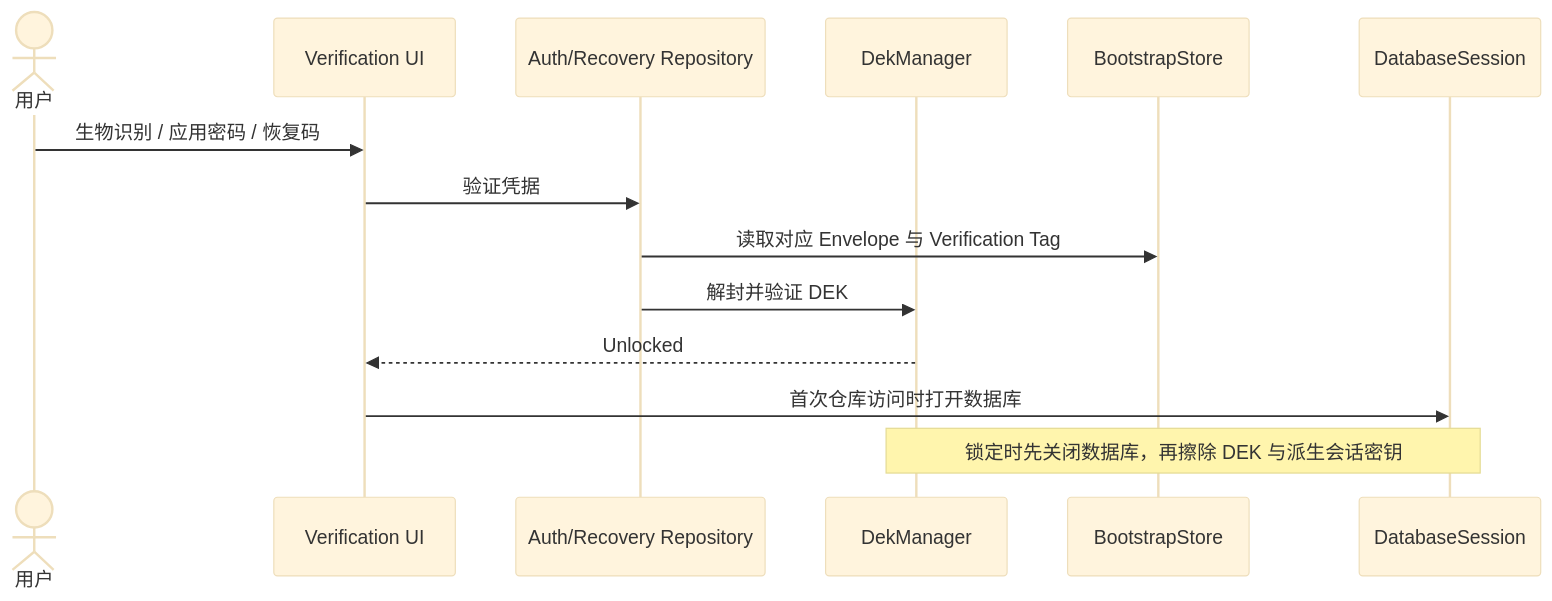
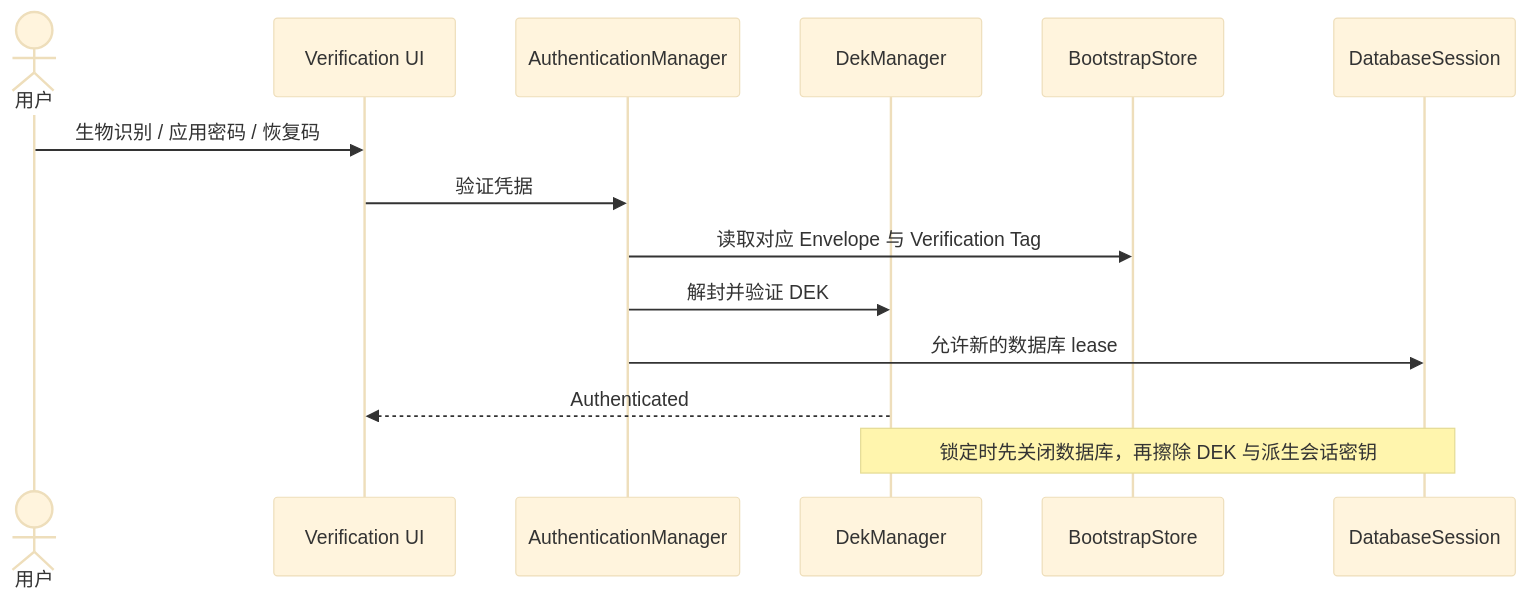
The first of 2 diagrams in docs/architecture/runtime-flows.md (aozijx/Passly), drawn with Mermaid (base theme) before and after one commit. The commit also changed other lines of this file and 8 other files, not shown here.

````diff
--- a/docs/architecture/runtime-flows.md
+++ b/docs/architecture/runtime-flows.md
@@ -5,16 +5,16 @@
 ```mermaid
 sequenceDiagram
     actor User as 用户
     participant UI as Verification UI
-    participant Auth as Auth/Recovery Repository
+    participant Auth as AuthenticationManager
     participant DEK as DekManager
     participant Boot as BootstrapStore
     participant DB as DatabaseSession
     User->>UI: 生物识别 / 应用密码 / 恢复码
     UI->>Auth: 验证凭据
     Auth->>Boot: 读取对应 Envelope 与 Verification Tag
     Auth->>DEK: 解封并验证 DEK
-    DEK-->>UI: Unlocked
-    UI->>DB: 首次仓库访问时打开数据库
+    Auth->>DB: 允许新的数据库 lease
+    DEK-->>UI: Authenticated
     Note over DEK,DB: 锁定时先关闭数据库，再擦除 DEK 与派生会话密钥
 ```
````
